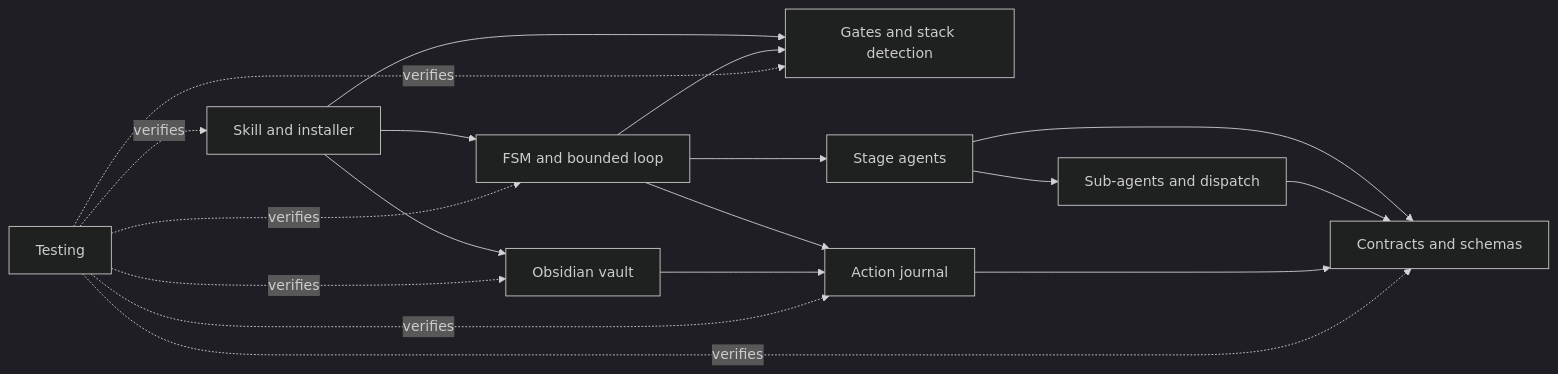
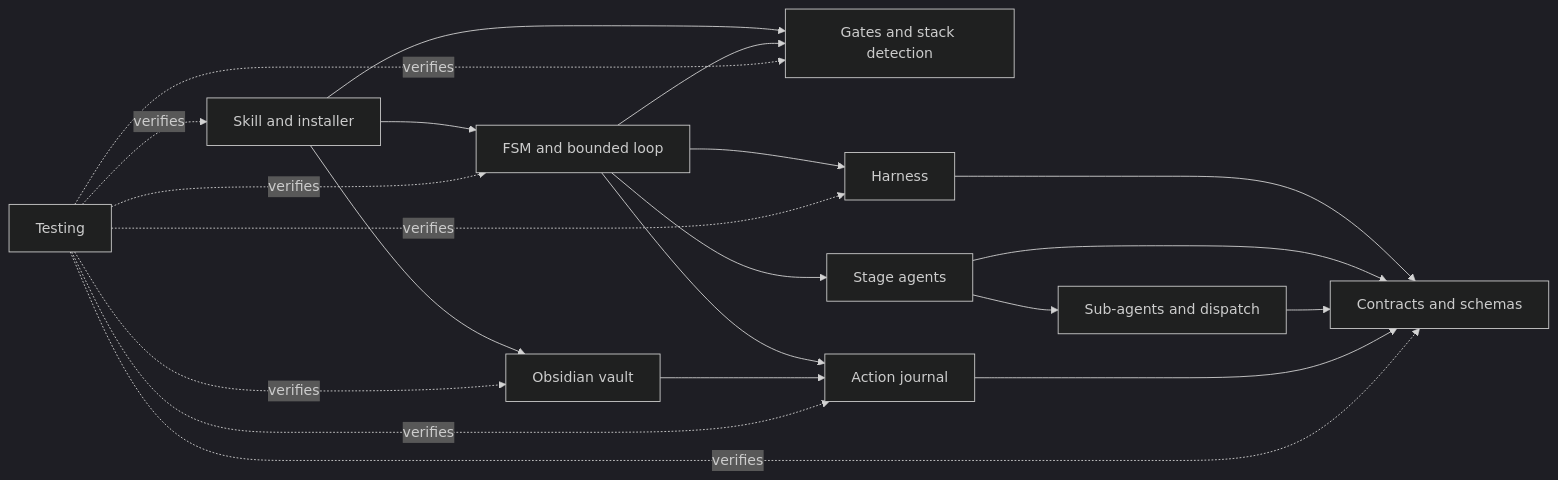
One commit to FelipeAngeli/hermes-sdd-orchestrator changed the diagram in docs/README.md. Above: the diagram before and after it, drawn with Mermaid (dark theme). The commit also changed other lines of this file and 30 other files, not shown here.

````diff
--- a/docs/README.md
+++ b/docs/README.md
@@ -34,15 +35,17 @@
 ```mermaid
 flowchart LR
     SK[Skill and installer] --> FSM[FSM and bounded loop]
     SK --> G[Gates and stack detection]
     SK --> OB[Obsidian vault]
+    FSM --> H[Harness]
+    H --> C
     FSM --> J[Action journal]
     FSM --> A[Stage agents]
     FSM --> G
     A --> C[Contracts and schemas]
     A --> S[Sub-agents and dispatch]
     S --> C
     J --> C
     OB --> J
-    T[Testing] -.verifies.-> FSM & J & C & G & OB & SK
+    T[Testing] -.verifies.-> FSM & H & J & C & G & OB & SK
 ```
````
